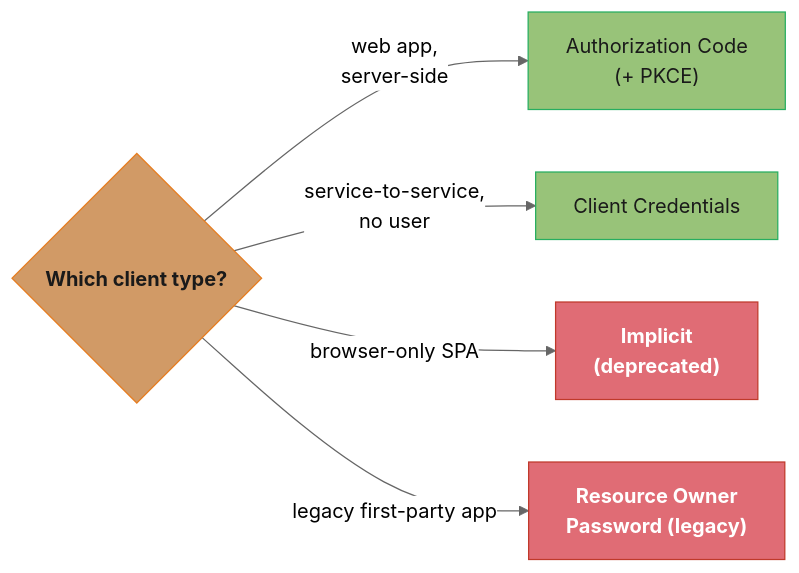
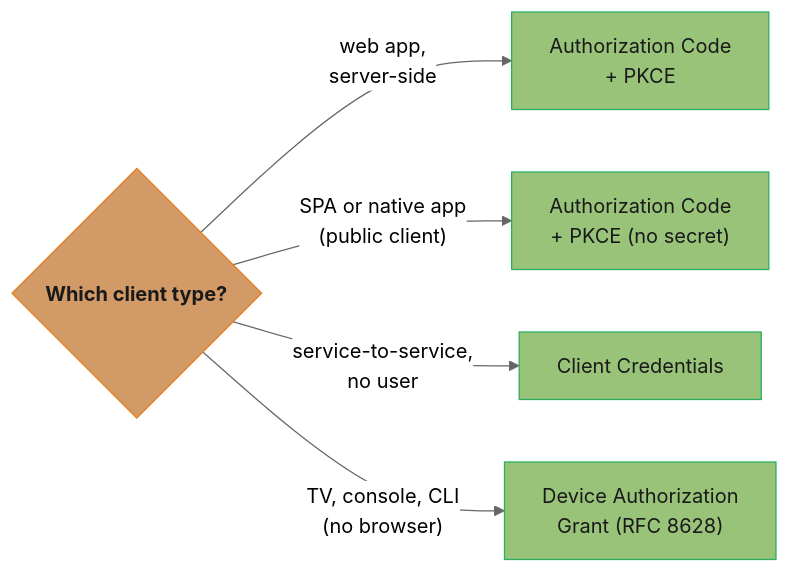
Before and after one commit to rppol/system-design: the fourth of 6 diagrams in src/main/java/com/rutik/systemdesign/hld/api_design/README.md, drawn with Mermaid (neutral theme). The commit also changed other lines of this file and 20 other files, not shown here.

````diff
--- a/src/main/java/com/rutik/systemdesign/hld/api_design/README.md
+++ b/src/main/java/com/rutik/systemdesign/hld/api_design/README.md
@@ -260,19 +261,18 @@
 ```mermaid
 flowchart LR
     classDef io      fill:#61afef,stroke:#2e86c1,color:#1a1a1a,font-weight:bold
     classDef frozen  fill:#c678dd,stroke:#9b59b6,color:#fff
     classDef train   fill:#98c379,stroke:#27ae60,color:#1a1a1a
     classDef mathOp  fill:#d19a66,stroke:#e67e22,color:#1a1a1a,font-weight:bold
     classDef lossN   fill:#e06c75,stroke:#c0392b,color:#fff,font-weight:bold
     classDef req     fill:#56b6c2,stroke:#0097a7,color:#1a1a1a
     classDef base    fill:#e5c07b,stroke:#f39c12,color:#1a1a1a
 
-    start{"Which client type?"} -->|"web app,<br/>server-side"| ac["Authorization Code<br/>(+ PKCE)"]
+    start{"Which client type?"} -->|"web app,<br/>server-side"| ac["Authorization Code<br/>+ PKCE"]
+    start -->|"SPA or native app<br/>(public client)"| acp["Authorization Code<br/>+ PKCE (no secret)"]
     start -->|"service-to-service,<br/>no user"| cc["Client Credentials"]
-    start -->|"browser-only SPA"| im["Implicit<br/>(deprecated)"]
-    start -->|"legacy first-party app"| rop["Resource Owner<br/>Password (legacy)"]
+    start -->|"TV, console, CLI<br/>(no browser)"| dev["Device Authorization<br/>Grant (RFC 8628)"]
 
     class start mathOp
-    class ac,cc train
-    class im,rop lossN
+    class ac,acp,cc,dev train
 ```
````
